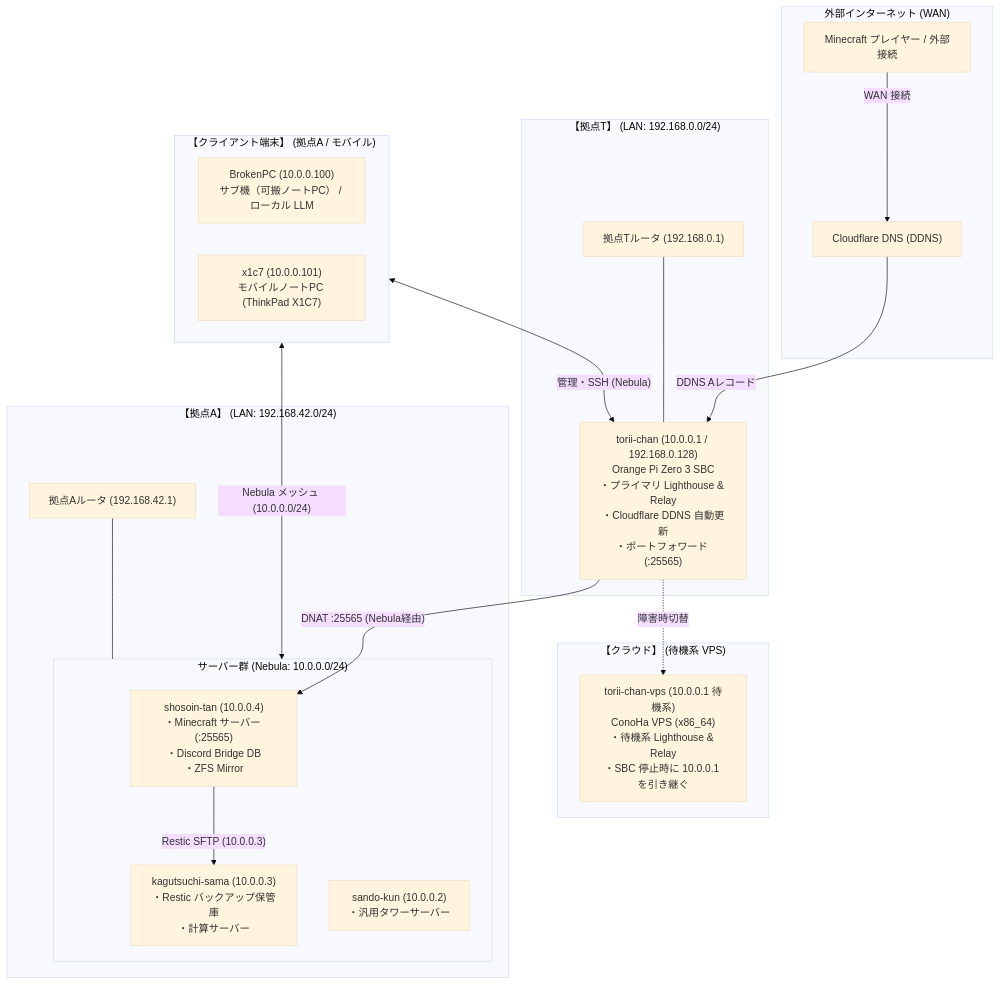
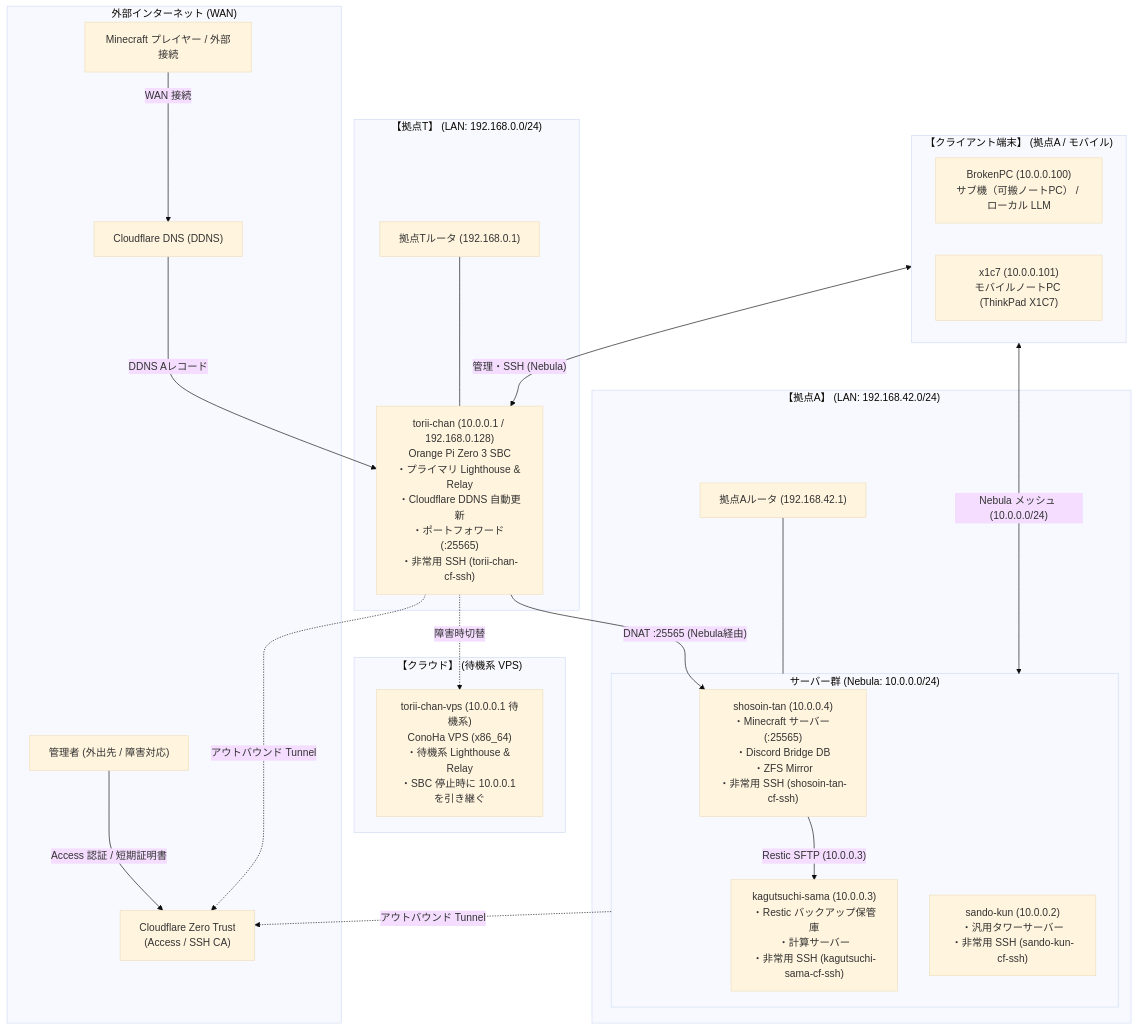
Before and after one commit to t3u-tsu/nix-config: the diagram in docs/architecture/network-topology.md, drawn with Mermaid (base theme). The commit also changed other lines of this file and 12 other files, not shown here.

Commit message:
feat(emergency-ssh): add emergency Cloudflare Tunnel SSH access for fleet hosts

````diff
--- a/docs/architecture/network-topology.md
+++ b/docs/architecture/network-topology.md
@@ -11,47 +11,54 @@
 ```mermaid
 flowchart TD
     subgraph WAN["外部インターネット (WAN)"]
         User["Minecraft プレイヤー / 外部接続"]
         CF["Cloudflare DNS (DDNS)"]
+        CF_ZT["Cloudflare Zero Trust<br>(Access / SSH CA)"]
+        AdminExt["管理者 (外出先 / 障害対応)"]
     end
 
     subgraph SiteT["【拠点T】 (LAN: 192.168.0.0/24)"]
         TRouter["拠点Tルータ (192.168.0.1)"]
-        Torii["torii-chan (10.0.0.1 / 192.168.0.128)<br>Orange Pi Zero 3 SBC<br>・プライマリ Lighthouse & Relay<br>・Cloudflare DDNS 自動更新<br>・ポートフォワード (:25565)"]
+        Torii["torii-chan (10.0.0.1 / 192.168.0.128)<br>Orange Pi Zero 3 SBC<br>・プライマリ Lighthouse & Relay<br>・Cloudflare DDNS 自動更新<br>・ポートフォワード (:25565)<br>・非常用 SSH (torii-chan-cf-ssh)"]
         TRouter --- Torii
     end
 
     subgraph Failover["【クラウド】 (待機系 VPS)"]
         VPS["torii-chan-vps (10.0.0.1 待機系)<br>ConoHa VPS (x86_64)<br>・待機系 Lighthouse & Relay<br>・SBC 停止時に 10.0.0.1 を引き継ぐ"]
     end
 
     subgraph SiteA["【拠点A】 (LAN: 192.168.42.0/24)"]
         ARouter["拠点Aルータ (192.168.42.1)"]
 
         subgraph Servers["サーバー群 (Nebula: 10.0.0.0/24)"]
-            Shosoin["shosoin-tan (10.0.0.4)<br>・Minecraft サーバー (:25565)<br>・Discord Bridge DB<br>・ZFS Mirror"]
-            Kagutsuchi["kagutsuchi-sama (10.0.0.3)<br>・Restic バックアップ保管庫<br>・計算サーバー"]
-            Sando["sando-kun (10.0.0.2)<br>・汎用タワーサーバー"]
+            Shosoin["shosoin-tan (10.0.0.4)<br>・Minecraft サーバー (:25565)<br>・Discord Bridge DB<br>・ZFS Mirror<br>・非常用 SSH (shosoin-tan-cf-ssh)"]
+            Kagutsuchi["kagutsuchi-sama (10.0.0.3)<br>・Restic バックアップ保管庫<br>・計算サーバー<br>・非常用 SSH (kagutsuchi-sama-cf-ssh)"]
+            Sando["sando-kun (10.0.0.2)<br>・汎用タワーサーバー<br>・非常用 SSH (sando-kun-cf-ssh)"]
         end
 
         ARouter --- Servers
     end
 
     subgraph RoamingClients["【クライアント端末】 (拠点A / モバイル)"]
         BrokenPC["BrokenPC (10.0.0.100)<br>サブ機（可搬ノートPC） / ローカル LLM"]
         X1C7["x1c7 (10.0.0.101)<br>モバイルノートPC (ThinkPad X1C7)"]
     end
 
     %% WAN トラフィック
     User -->|WAN 接続| CF
     CF -->|DDNS Aレコード| Torii
     Torii -->|"DNAT :25565 (Nebula経由)"| Shosoin
 
+    %% 非常用帯域外アクセス (Cloudflare Tunnel)
+    AdminExt -->|"Access 認証 / 短期証明書"| CF_ZT
+    Torii -.->|"アウトバウンド Tunnel"| CF_ZT
+    Servers -.->|"アウトバウンド Tunnel"| CF_ZT
+
     %% Nebula メッシュオーバーレイ通信
     RoamingClients <-->|"Nebula メッシュ (10.0.0.0/24)"| Servers
     RoamingClients <-->|"管理・SSH (Nebula)"| Torii
     Shosoin -->|"Restic SFTP (10.0.0.3)"| Kagutsuchi
 
     %% フェイルオーバー
     Torii -.->|"障害時切替"| VPS
 ```
````
